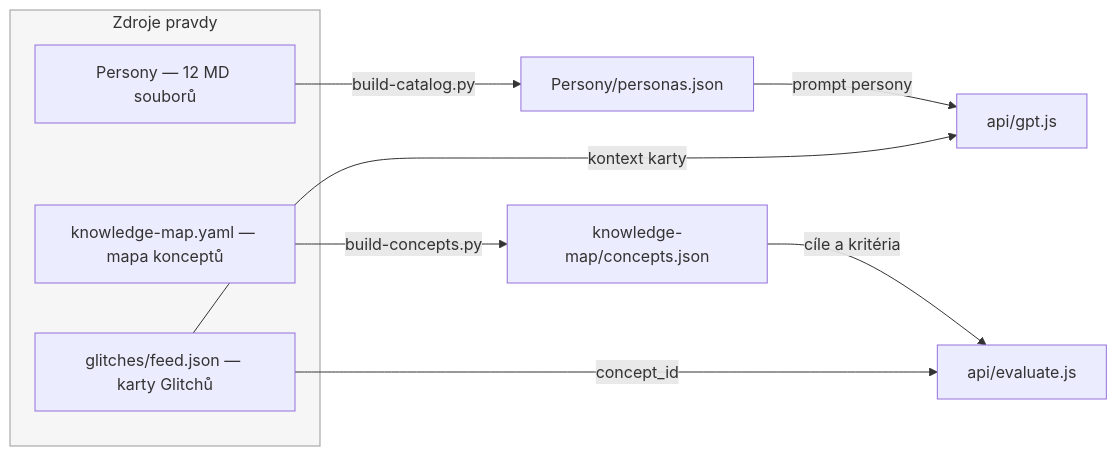
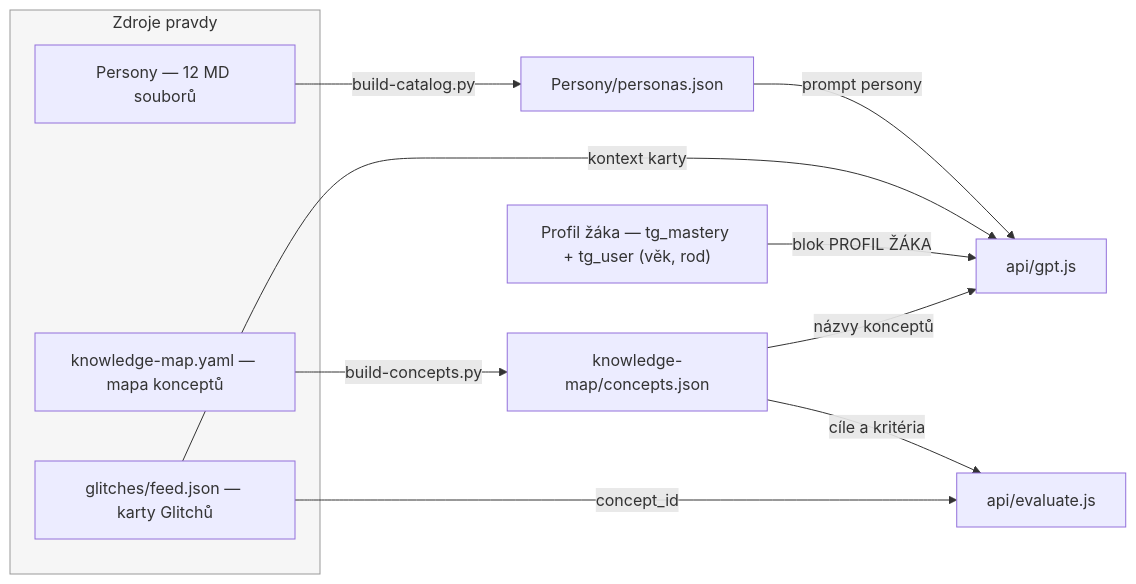
Before and after one commit to aidetemcz/glitch: the third of 4 diagrams in docs/tok-basic-glitch.md, drawn with Mermaid. The commit also changed other lines of this file and 7 other files, not shown here.

First line of the commit message:
Věk do DB + profil žáka (věk, rod) jde chatbotovi; docs diagramy

````diff
--- a/docs/tok-basic-glitch.md
+++ b/docs/tok-basic-glitch.md
@@ -71,18 +71,22 @@
 ```mermaid
 flowchart LR
     subgraph zdroje ["Zdroje pravdy"]
         P["Persony — 12 MD souborů"]
         M["knowledge-map.yaml — mapa konceptů"]
         F["glitches/feed.json — karty Glitchů"]
     end
 
     P -->|build-catalog.py| PJ["Persony/personas.json"]
     M -->|build-concepts.py| MJ["knowledge-map/concepts.json"]
 
+    Z["Profil žáka — tg_mastery + tg_user (věk, rod)"]
+
     PJ -->|prompt persony| S["api/gpt.js"]
     F -->|kontext karty| S
+    Z -->|blok PROFIL ŽÁKA| S
+    MJ -->|názvy konceptů| S
     MJ -->|cíle a kritéria| E["api/evaluate.js"]
     F -->|concept_id| E
 
     style zdroje fill:#f6f6f6,stroke:#999
 ```
````
